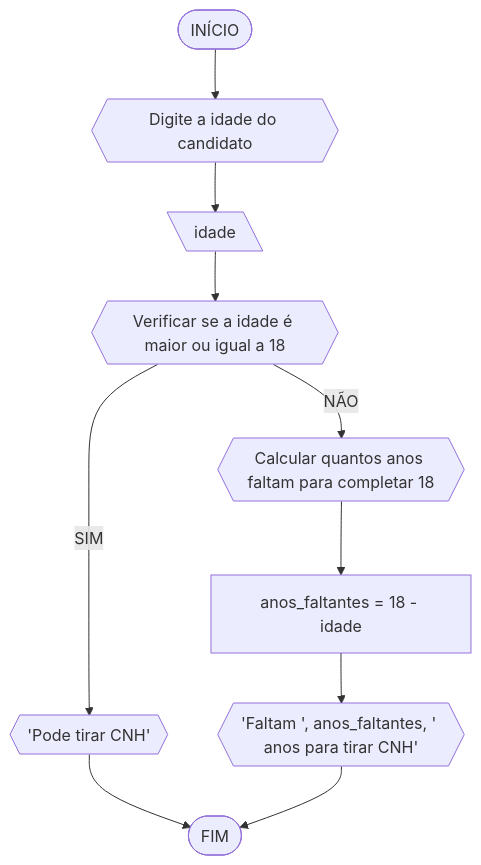
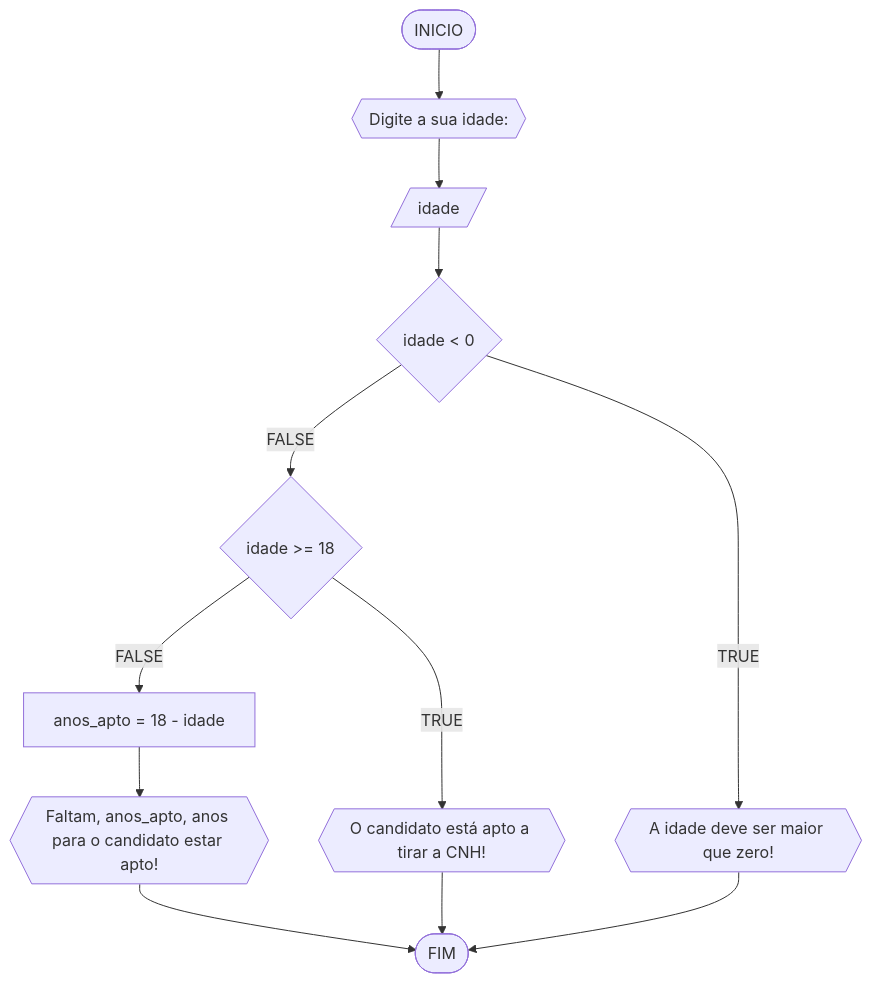
Before and after one commit to rineesousa/unifor: the fourth of 4 diagrams in RLA/lista_exercicio1.md, drawn with Mermaid. The commit also changed other lines of this file, not shown here.

````diff
--- a/RLA/lista_exercicio1.md
+++ b/RLA/lista_exercicio1.md
@@ -189,12 +212,14 @@
 ```mermaid
 flowchart TD
-A([INÍCIO]) --> B{{Digite a idade do candidato}}
-B --> C[\idade\]
-C --> D{{Verificar se a idade é maior ou igual a 18}}
-D -- SIM --> E{{'Pode tirar CNH'}}
-E --> F([FIM])
-D -- NÃO --> G{{Calcular quantos anos faltam para completar 18}}
-G --> H[anos_faltantes = 18 - idade]
-H --> I{{'Faltam ', anos_faltantes, ' anos para tirar CNH'}}
-I --> F
+A([INICIO]) --> B{{"Digite a sua idade:"}}
+B --> C[/idade/]
+C --> D{idade < 0}
+D --FALSE--> E{idade >= 18}
+E --FALSE--> F[anos_apto = 18 - idade]
+F --> G{{Faltam, anos_apto, anos para o candidato estar apto!}}
+G --> H([FIM])
+E --TRUE--> I{{"O candidato está apto a tirar a CNH!"}}
+I --> H
+D --TRUE--> J{{"A idade deve ser maior que zero!"}}
+J --> H 
 ```
````
